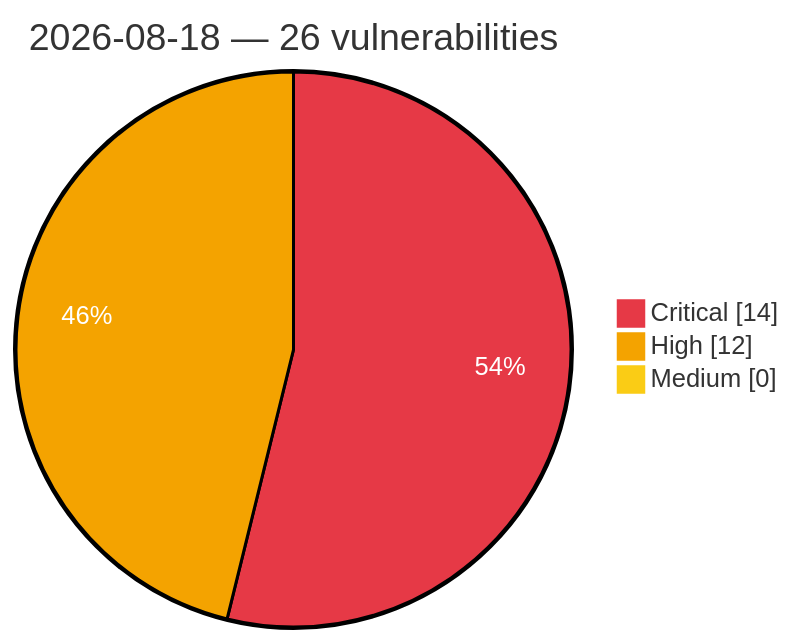
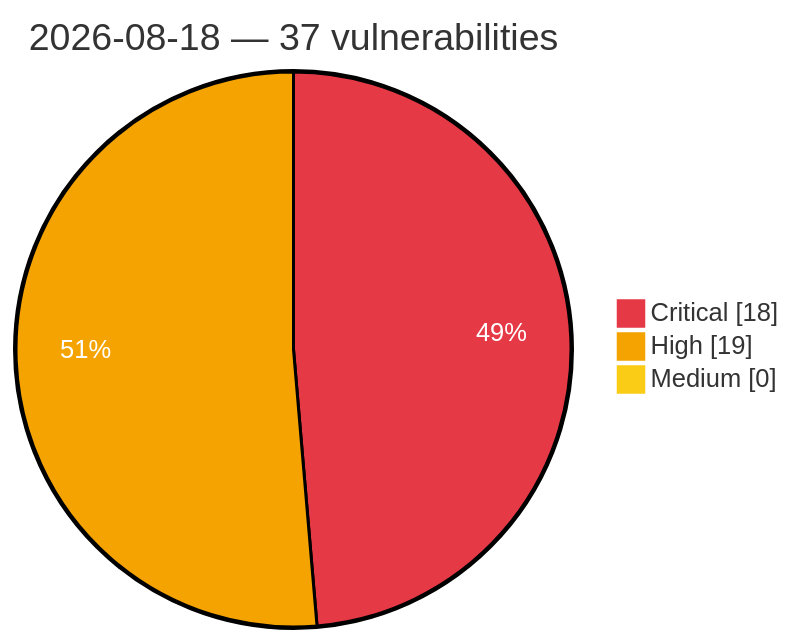
The diagram in vulnerabilities/2026/August/2026-08-18.md (GhostX0X/vuln-tracker), drawn with Mermaid before and after one commit. The commit also changed other lines of this file and 5 other files, not shown here.

Commit message:
Auto update: critical/high vulns (2026-08-18 14:52 UTC)

````diff
--- a/vulnerabilities/2026/August/2026-08-18.md
+++ b/vulnerabilities/2026/August/2026-08-18.md
@@ -3,8 +3,8 @@
 ```mermaid
 %%{init: {'theme':'base', 'themeVariables': {'pie1':'#e63946', 'pie2':'#f4a300', 'pie3':'#facc15', 'pieOpacity':'1', 'pieOuterStrokeWidth':'2px', 'pieSectionTextColor':'#ffffff'}}}%%
 pie showData
-    title 2026-08-18 — 26 vulnerabilities
-    "Critical" : 14
-    "High" : 12
+    title 2026-08-18 — 37 vulnerabilities
+    "Critical" : 18
+    "High" : 19
     "Medium" : 0
 ```
````
